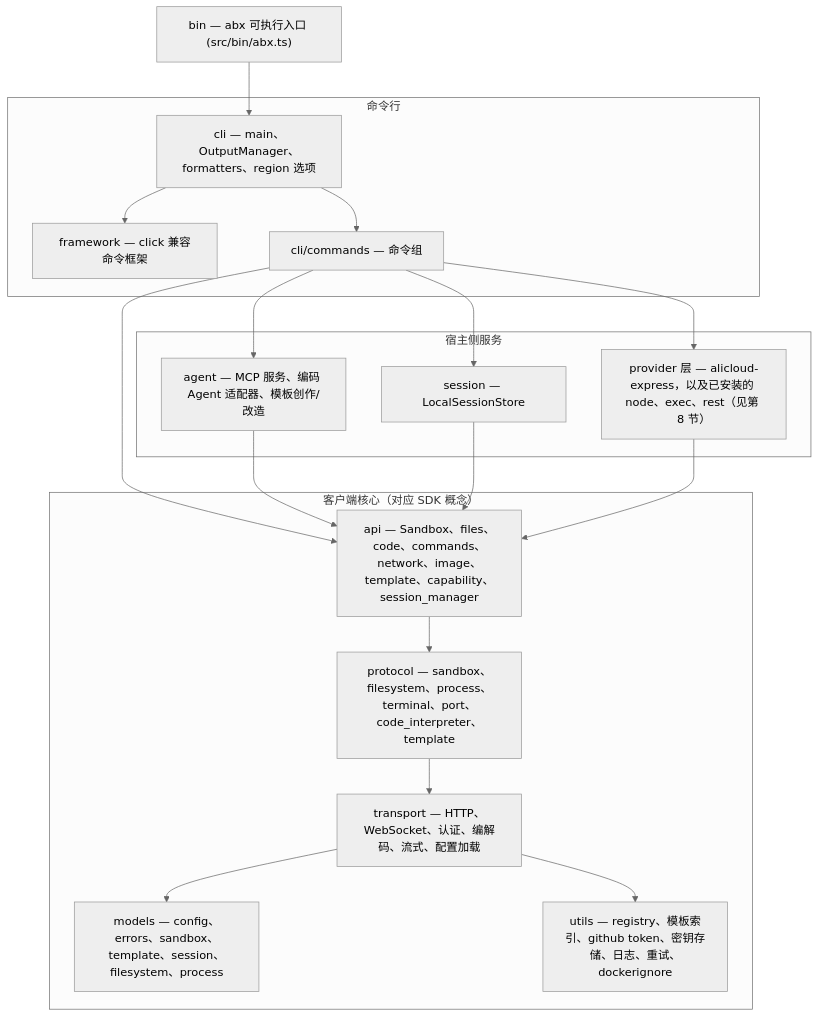
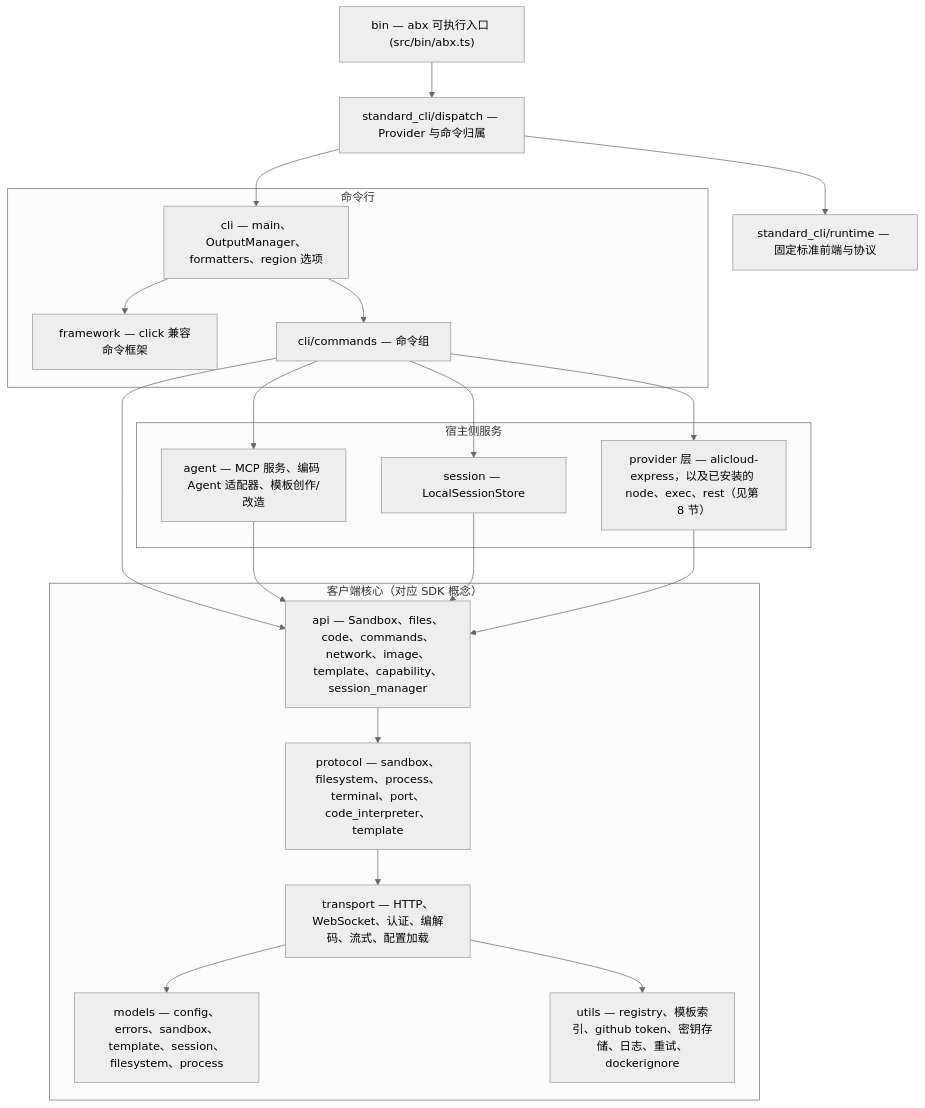
Before and after one commit to Alibaba-Agent-Sandbox/agent-sandbox: the diagram in docs/zh/design/architecture.md, drawn with Mermaid (neutral theme). The commit also changed other lines of this file and 21 other files, not shown here.

Commit message:
fix: preserve standard dispatch ownership and source attribution

````diff
--- a/docs/zh/design/architecture.md
+++ b/docs/zh/design/architecture.md
@@ -15,35 +17,39 @@
 ```mermaid
 graph TB
     BIN["bin — abx 可执行入口 (src/bin/abx.ts)"]
+    DIS["standard_cli/dispatch — Provider 与命令归属"]
+    STD["standard_cli/runtime — 固定标准前端与协议"]
     subgraph Front["命令行"]
         FW["framework — click 兼容命令框架"]
         CLI["cli — main、OutputManager、formatters、region 选项"]
         CMD["cli/commands — 命令组"]
     end
     subgraph Services["宿主侧服务"]
         AG["agent — MCP 服务、编码 Agent 适配器、模板创作/改造"]
         PRV["provider 层 — alicloud-express，以及已安装的 node、exec、rest（见第 8 节）"]
         SES["session — LocalSessionStore"]
     end
     subgraph Core["客户端核心（对应 SDK 概念）"]
         API["api — Sandbox、files、code、commands、network、image、template、capability、session_manager"]
         PRO["protocol — sandbox、filesystem、process、terminal、port、code_interpreter、template"]
         TRA["transport — HTTP、WebSocket、认证、编解码、流式、配置加载"]
         MOD["models — config、errors、sandbox、template、session、filesystem、process"]
         UTL["utils — registry、模板索引、github token、密钥存储、日志、重试、dockerignore"]
     end
 
-    BIN --> CLI
+    BIN --> DIS
+    DIS --> STD
+    DIS --> CLI
     CLI --> FW
     CLI --> CMD
     CMD --> AG
     CMD --> SES
     CMD --> API
     CMD --> PRV
     AG --> API
     SES --> API
     PRV --> API
     API --> PRO --> TRA
     TRA --> MOD
     TRA --> UTL
 ```
````
